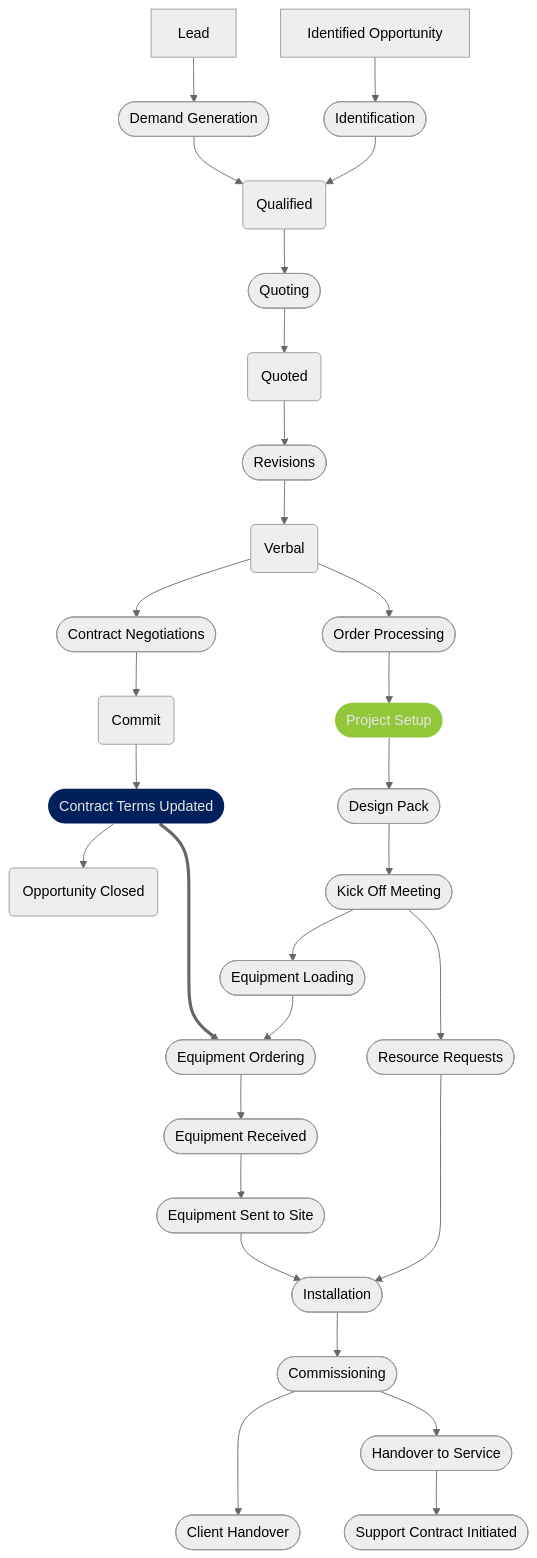
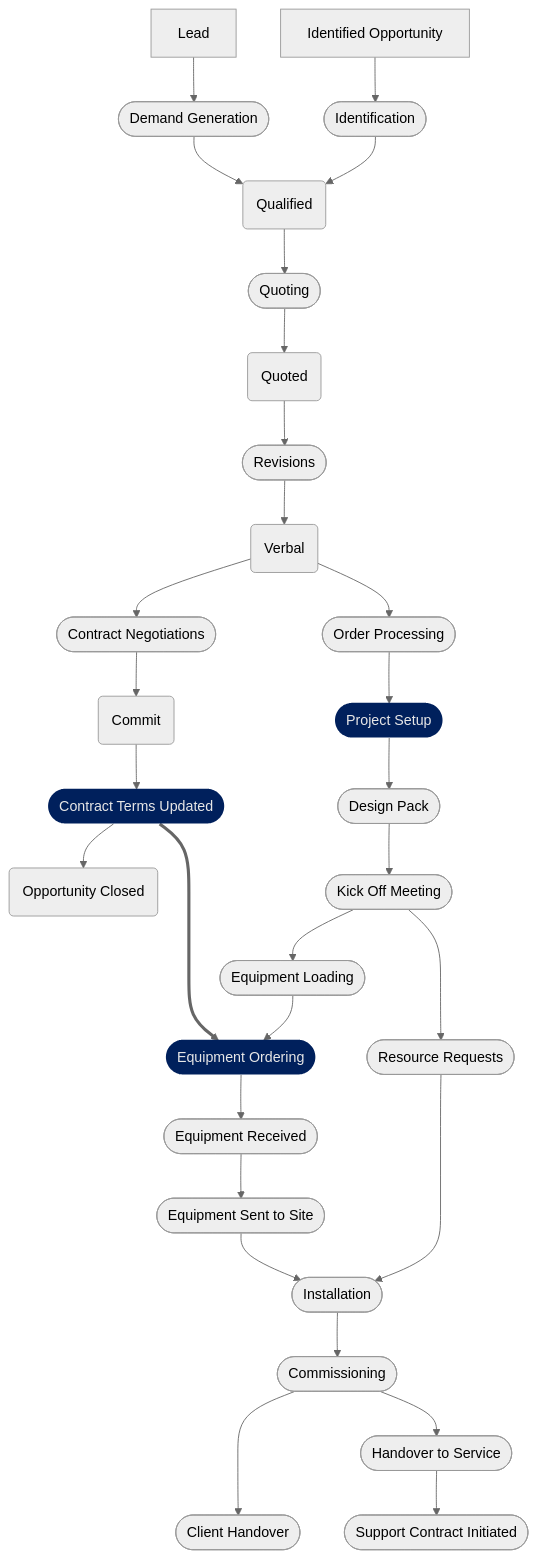
One commit to ChrisWilsonAVI/documentation changed the diagram in general/proposedProcess.md. Above: the diagram before and after it, drawn with Mermaid (neutral theme). The commit also changed 1 other file, not shown here.

Commit message:
chore: change formatting on proposed change flow

````diff
--- a/general/proposedProcess.md
+++ b/general/proposedProcess.md
@@ -3,82 +3,81 @@
 ```mermaid
 graph TB
 
     %%Styles
-    classDef new fill:#00205c,color:#E7E7E7,stroke-width:0;
-    classDef change fill:#92C73A,color:#E7E7E7,stroke-width:0;
+    classDef change fill:#00205c,color:#E7E7E7,stroke-width:0;
 
     %%Stages
     Lead[Lead]
     Demand([Demand Generation])
     Qualified(Qualified)
     Verbal(Verbal)
     Commit(Commit)
     OpportunityClose(Opportunity Closed)
 
     %%Processes
     Identified[Identified Opportunity]
     Identification([Identification])
     Quoting([Quoting])
     Quoted(Quoted)
     Revisions([Revisions])
     Design([Design Pack])
     Contract([Contract Negotiations])
     Processing([Order Processing])
     ProjectSetup([Project Setup]):::change
     KickOff([Kick Off Meeting])
     EquipmentLoading([Equipment Loading])
     ResourceRequest([Resource Requests])
-    Procurement([Equipment Ordering])
+    Procurement([Equipment Ordering]):::change
     GoodsIn([Equipment Received])
-    %% RackFab([Rack Fabrication])
-    %% WitnessTest([Witness Testing])
     GoodsOut([Equipment Sent to Site])
     Installation([Installation])
     Commissioning([Commissioning])
-    %% ProgrammingOffsite([Offsite Programming])
     ClientHandover([Client Handover])
     InternalHandover([Handover to Service])
     Support([Support Contract Initiated])
-    contractConfirmed([Contract Terms Updated]):::new
+    contractConfirmed([Contract Terms Updated]):::change
 
     %% generation
     Lead-->Demand
     Demand --> Qualified
     Identified-->Identification
     Identification --> Qualified
 
     %% design
     Qualified-->Quoting
     Quoting --> Quoted
     Quoted --> Revisions
     Revisions --> Verbal
 
 
     %% contract
     Verbal --> Contract
     Contract --> Commit
     Commit --> contractConfirmed
     contractConfirmed --> OpportunityClose
 
     %% mobilisation
     Verbal --> Processing
     Processing --> ProjectSetup
     ProjectSetup --> Design
     Design --> KickOff
     KickOff --> EquipmentLoading
     KickOff --> ResourceRequest
 
-
+    %% procurement/logistics
     contractConfirmed ====> Procurement
     EquipmentLoading --> Procurement
     Procurement --> GoodsIn
     GoodsIn --> GoodsOut
 
     ResourceRequest ----> Installation
     GoodsOut --> Installation
 
+    %% install
     Installation --> Commissioning
     Commissioning ---> ClientHandover
     Commissioning --> InternalHandover
     InternalHandover --> Support
+
+    %% support
 ```
````
